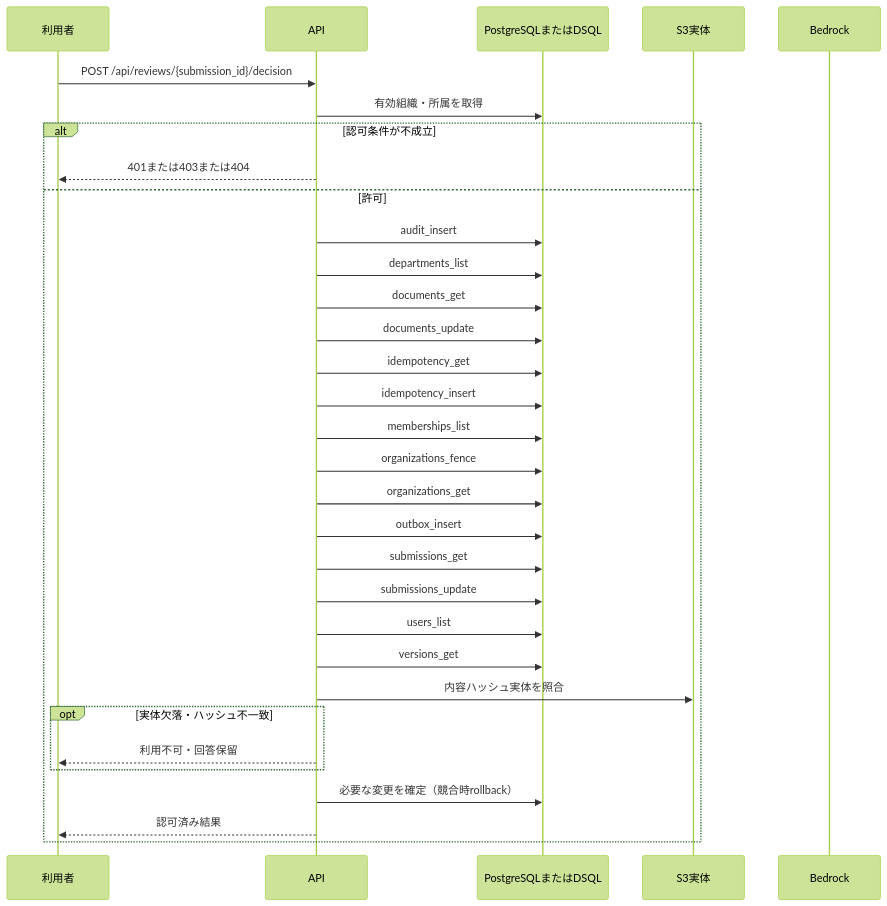
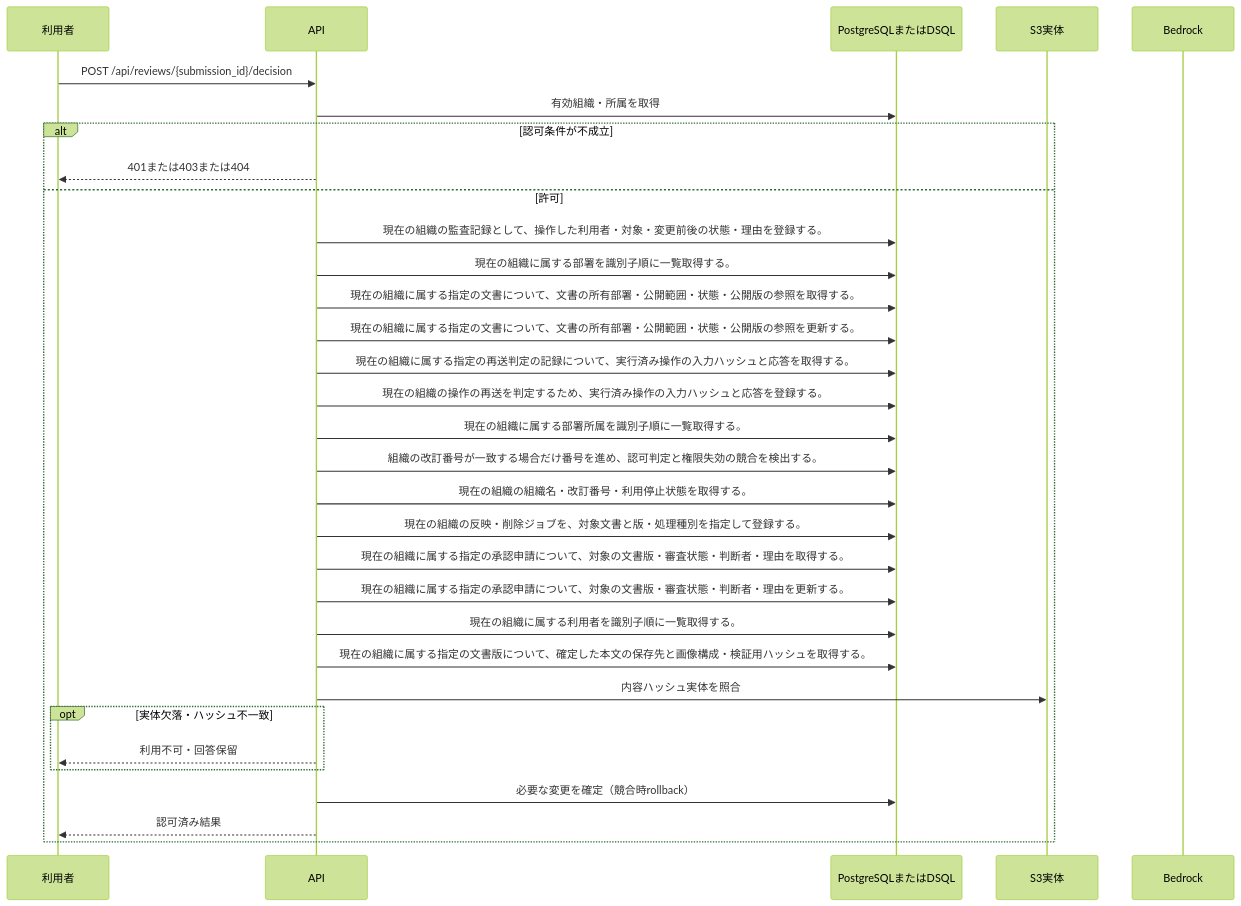
Before and after one commit to tsuji-tomonori/KotoRelay: the diagram in docs/design/generated/api/reviews/decide_review/sequence.md, drawn with Mermaid (forest theme). The commit also changed other lines of this file and 286 other files, not shown here.

````diff
--- a/docs/design/generated/api/reviews/decide_review/sequence.md
+++ b/docs/design/generated/api/reviews/decide_review/sequence.md
@@ -7,34 +7,34 @@
 ```mermaid
 sequenceDiagram
     participant U as 利用者
     participant A as API
     participant D as PostgreSQLまたはDSQL
     participant S as S3実体
     participant M as Bedrock
     U->>A: POST /api/reviews/{submission_id}/decision
     A->>D: 有効組織・所属を取得
     alt 認可条件が不成立
         A-->>U: 401または403または404
     else 許可
-        A->>D: audit_insert
-        A->>D: departments_list
-        A->>D: documents_get
-        A->>D: documents_update
-        A->>D: idempotency_get
-        A->>D: idempotency_insert
-        A->>D: memberships_list
-        A->>D: organizations_fence
-        A->>D: organizations_get
-        A->>D: outbox_insert
-        A->>D: submissions_get
-        A->>D: submissions_update
-        A->>D: users_list
-        A->>D: versions_get
+        A->>D: 現在の組織の監査記録として、操作した利用者・対象・変更前後の状態・理由を登録する。
+        A->>D: 現在の組織に属する部署を識別子順に一覧取得する。
+        A->>D: 現在の組織に属する指定の文書について、文書の所有部署・公開範囲・状態・公開版の参照を取得する。
+        A->>D: 現在の組織に属する指定の文書について、文書の所有部署・公開範囲・状態・公開版の参照を更新する。
+        A->>D: 現在の組織に属する指定の再送判定の記録について、実行済み操作の入力ハッシュと応答を取得する。
+        A->>D: 現在の組織の操作の再送を判定するため、実行済み操作の入力ハッシュと応答を登録する。
+        A->>D: 現在の組織に属する部署所属を識別子順に一覧取得する。
+        A->>D: 組織の改訂番号が一致する場合だけ番号を進め、認可判定と権限失効の競合を検出する。
+        A->>D: 現在の組織の組織名・改訂番号・利用停止状態を取得する。
+        A->>D: 現在の組織の反映・削除ジョブを、対象文書と版・処理種別を指定して登録する。
+        A->>D: 現在の組織に属する指定の承認申請について、対象の文書版・審査状態・判断者・理由を取得する。
+        A->>D: 現在の組織に属する指定の承認申請について、対象の文書版・審査状態・判断者・理由を更新する。
+        A->>D: 現在の組織に属する利用者を識別子順に一覧取得する。
+        A->>D: 現在の組織に属する指定の文書版について、確定した本文の保存先と画像構成・検証用ハッシュを取得する。
         A->>S: 内容ハッシュ実体を照合
         opt 実体欠落・ハッシュ不一致
             A-->>U: 利用不可・回答保留
         end
         A->>D: 必要な変更を確定（競合時rollback）
         A-->>U: 認可済み結果
     end
 ```
````
